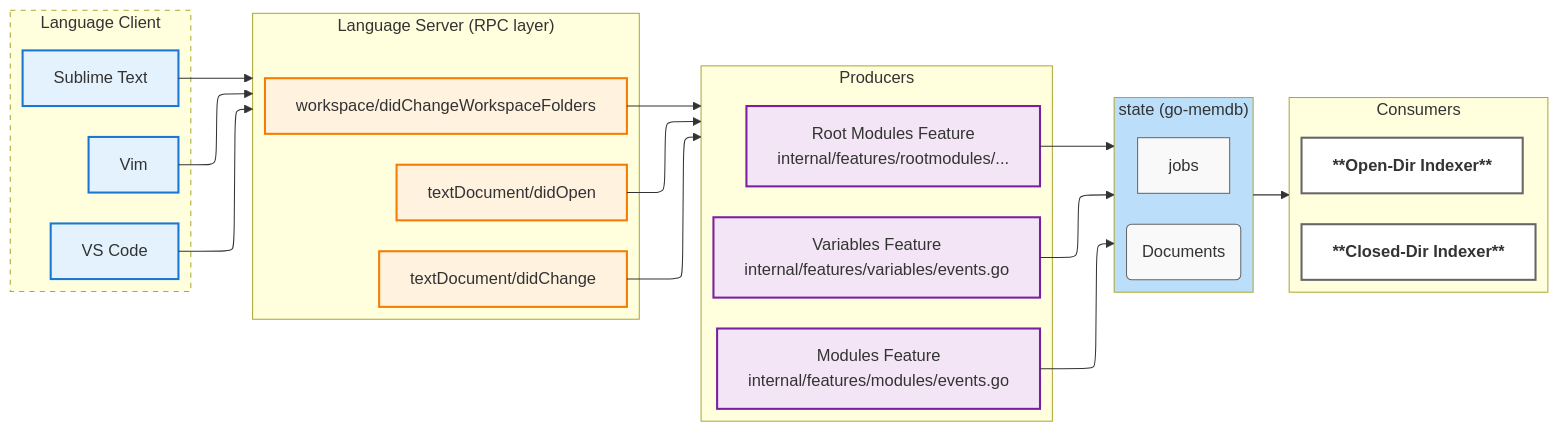
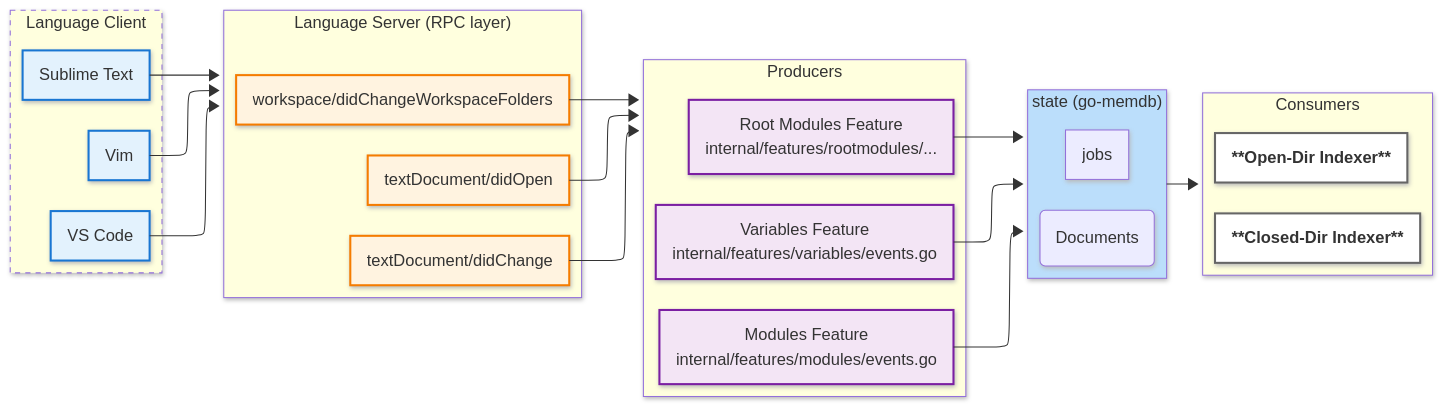
One commit to opentofu/tofu-ls changed the fourth of 6 diagrams in docs/architecture.md. Above: the diagram before and after it, drawn with Mermaid. The commit also changed other lines of this file, not shown here.

Commit message:
Architecture.md chart theme and default colors

````diff
--- a/docs/architecture.md
+++ b/docs/architecture.md
@@ -207,66 +213,67 @@
 ```mermaid
 ---
 config:
+  theme: mc
+  look: neo
   layout: elk
 ---
 flowchart LR
  subgraph LC["Language Client"]
     direction LR
         VSCode["VS Code"]
         Sublime["Sublime Text"]
         Vim["Vim"]
   end
  subgraph LS["Language Server (RPC layer)"]
     direction TB
         WS["workspace/didChangeWorkspaceFolders"]
         TDO["textDocument/didOpen"]
         TDC["textDocument/didChange"]
   end
  subgraph P["Producers"]
     direction LR
         MF["Modules Feature<br>internal/features/modules/events.go"]
         VF["Variables Feature<br>internal/features/variables/events.go"]
         RF["Root Modules Feature<br>internal/features/rootmodules/..."]
   end
  subgraph C["Consumers"]
     direction LR
         CDI["**Closed-Dir Indexer**"]
         ODI["**Open-Dir Indexer**"]
   end
  subgraph state["state (go-memdb)"]
     direction LR
         JOBS["jobs"]
         DOCUMENTS("Documents")
   end
     WS --> P
     TDO --> P
     TDC --> P
     MF --> state
     VF --> state
     RF --> state
     Sublime --> LS
     Vim --> LS
     VSCode --> LS
     state --> C
      VSCode:::client
      Sublime:::client
      Vim:::client
      WS:::server
      TDO:::server
      TDC:::server
      MF:::producer
      VF:::producer
      RF:::producer
      CDI:::indexer
      ODI:::indexer
      LC:::dashed
-    classDef default fill:#f9f9f9,stroke:#666,stroke-width:1px
     classDef client fill:#e3f2fd,stroke:#1976d2,stroke-width:2px
     classDef server fill:#fff3e0,stroke:#f57c00,stroke-width:2px
     classDef producer fill:#f3e5f5,stroke:#7b1fa2,stroke-width:2px
     classDef consumer fill:#e8f5e8,stroke:#388e3c,stroke-width:2px
     classDef state fill:#5c6bc0,color:#ffffff,stroke:#3f51b5,stroke-width:2px
     classDef indexer fill:#ffffff,stroke:#666,stroke-width:2px,font-weight:bold
     classDef dashed stroke-dasharray: 5 5
     style state fill:#BBDEFB
 ```
````
